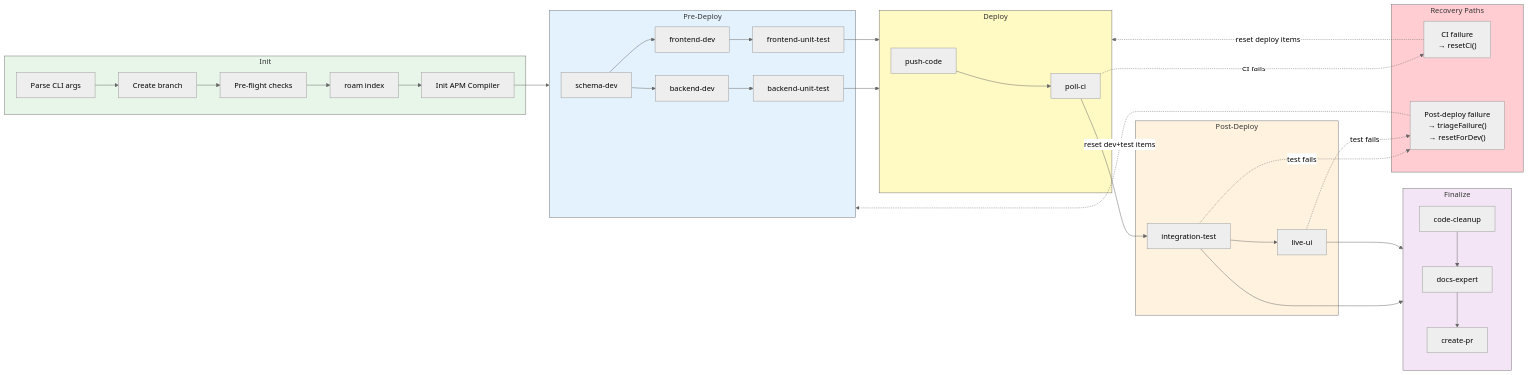
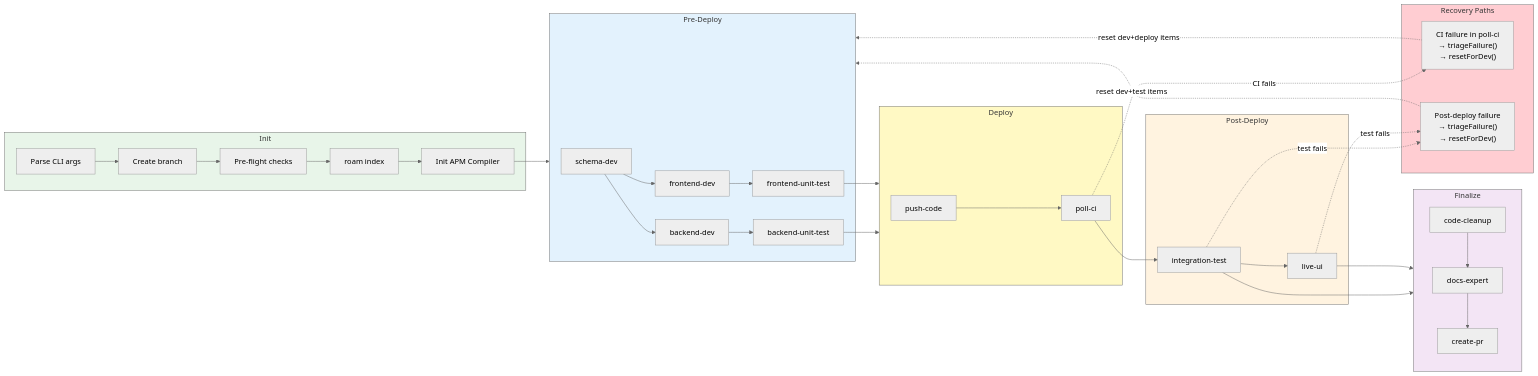
Before and after one commit to RomanKaliupinMelonusa/DAGent-t: the fourth of 5 diagrams in tools/autonomous-factory/docs/00-overview.md, drawn with Mermaid (neutral theme). The commit also changed 4 other files, not shown here.

First line of the commit message:
Add ci-integration and poll-ci triage docs

````diff
--- a/tools/autonomous-factory/docs/00-overview.md
+++ b/tools/autonomous-factory/docs/00-overview.md
@@ -191,62 +191,62 @@
 ```mermaid
 flowchart LR
     subgraph INIT["Init"]
         I1["Parse CLI args"]
         I2["Create branch"]
         I3["Pre-flight checks"]
         I4["roam index"]
         I5["Init APM Compiler"]
     end
 
     subgraph PRE["Pre-Deploy"]
         P1["schema-dev"]
         P2["backend-dev"]
         P3["frontend-dev"]
         P4["backend-unit-test"]
         P5["frontend-unit-test"]
     end
 
     subgraph DEP["Deploy"]
         D1["push-code"]
         D2["poll-ci"]
     end
 
     subgraph POST["Post-Deploy"]
         PD1["integration-test"]
         PD1 --> PD2["live-ui"]
     end
 
     subgraph FIN["Finalize"]
         F1["code-cleanup"]
         F2["docs-expert"]
         F3["create-pr"]
     end
 
     subgraph RECOVERY["Recovery Paths"]
-        R1["CI failure\n→ resetCi()"]
+        R1["CI failure in poll-ci\n→ triageFailure()\n→ resetForDev()"]
         R2["Post-deploy failure\n→ triageFailure()\n→ resetForDev()"]
     end
 
     I1 --> I2 --> I3 --> I4 --> I5 --> PRE
     P1 --> P2 & P3
     P2 --> P4
     P3 --> P5
     P4 & P5 --> DEP
     D1 --> D2
     D2 --> PD1
     PD1 & PD2 --> FIN
     F1 --> F2 --> F3
 
     D2 -.->|"CI fails"| R1
-    R1 -.->|"reset deploy items"| DEP
+    R1 -.->|"reset dev+deploy items"| PRE
     PD1 -.->|"test fails"| R2
     PD2 -.->|"test fails"| R2
     R2 -.->|"reset dev+test items"| PRE
 
     style INIT fill:#e8f5e9
     style PRE fill:#e3f2fd
     style DEP fill:#fff9c4
     style POST fill:#fff3e0
     style FIN fill:#f3e5f5
     style RECOVERY fill:#ffcdd2
 ```
````
